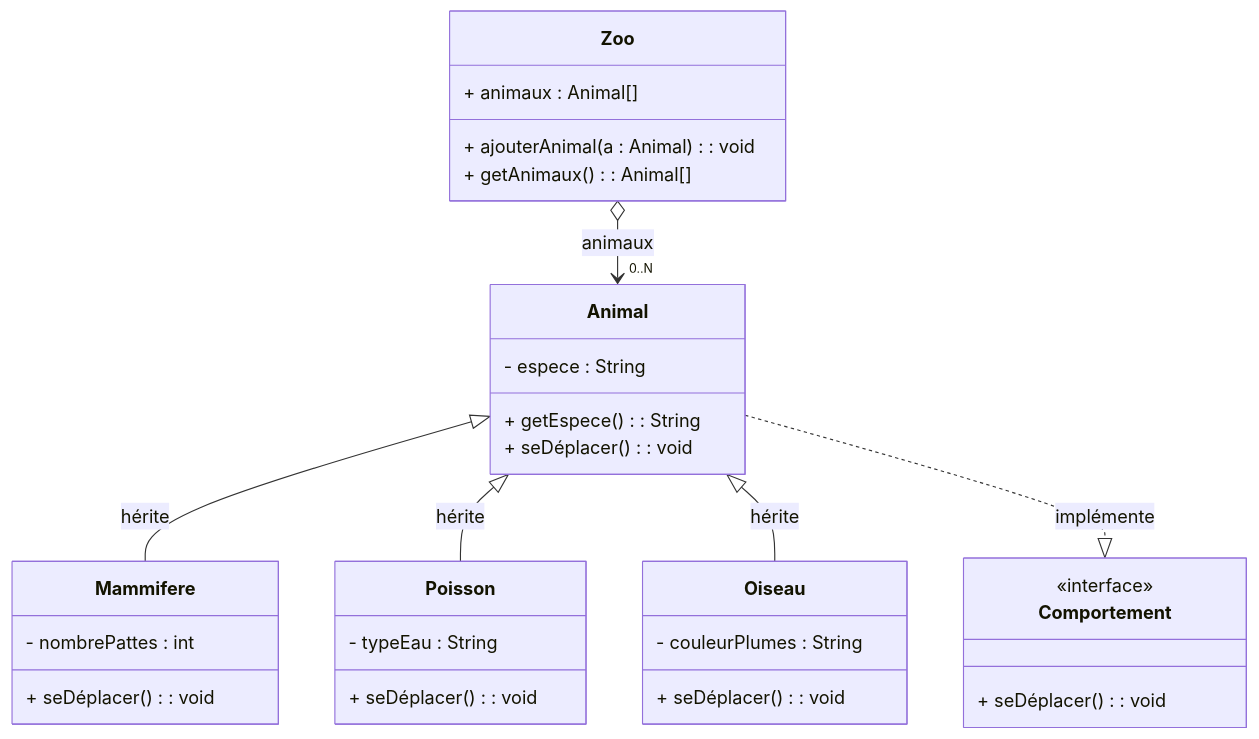
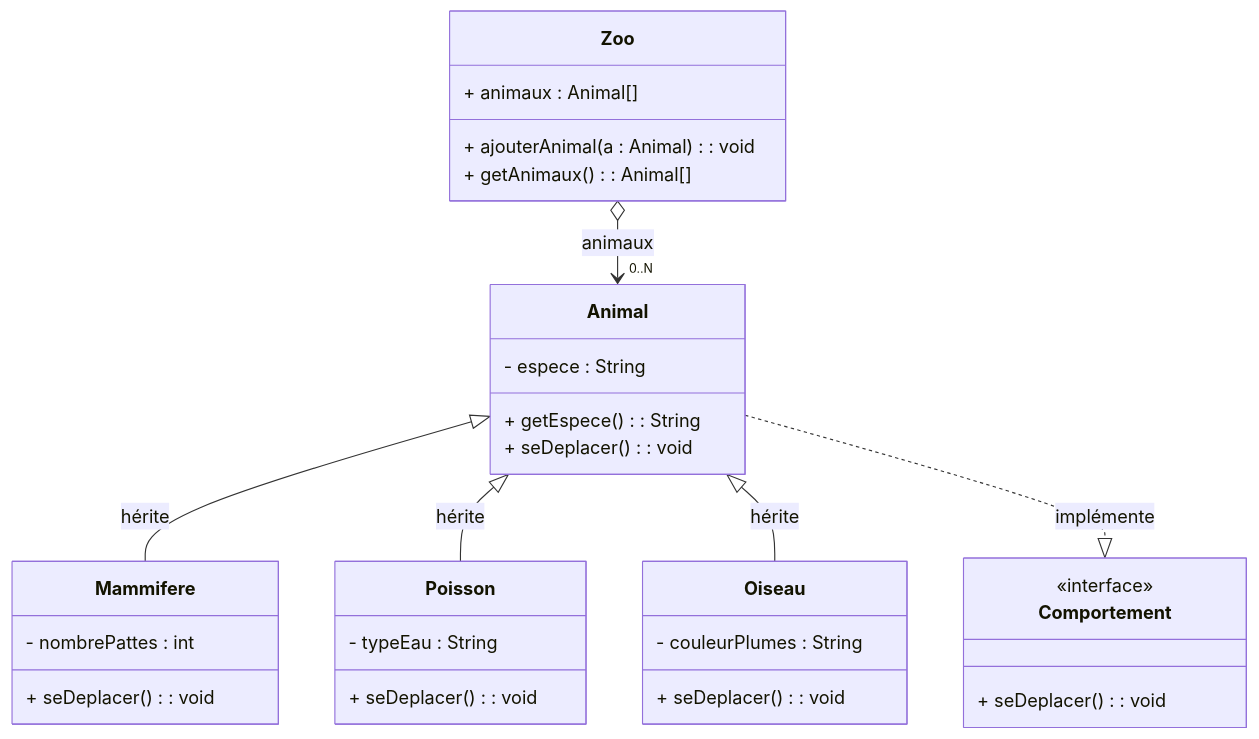
The third of 6 diagrams in THEORIE_4-UML-Mermaid.md (emf-info-320/320_EX_07_POO_UML_MVC), drawn with Mermaid before and after one commit. The commit also changed other lines of this file and 2 other files, not shown here.

Commit message:
corrections mineurs (accents dans les noms de méthodes)

````diff
--- a/THEORIE_4-UML-Mermaid.md
+++ b/THEORIE_4-UML-Mermaid.md
@@ -94,43 +94,43 @@
 ```mermaid
 classDiagram
     class Animal {
         - espece : String
         + getEspece() : String
-        + seDéplacer() : void
+        + seDeplacer() : void
     }
 
     class Mammifere {
         - nombrePattes : int
-       + seDéplacer() : void
+       + seDeplacer() : void
     }
 
     class Poisson {
         - typeEau : String
-      + seDéplacer() : void
+      + seDeplacer() : void
     }
 
     class Zoo {
         + animaux : Animal[]
         + ajouterAnimal(a : Animal) : void
         + getAnimaux() : Animal[]
     }
 
     class Comportement {
         <<interface>>
-        + seDéplacer() : void
+        + seDeplacer() : void
     }
 
     class Oiseau {
         - couleurPlumes : String
-      + seDéplacer() : void
+      + seDeplacer() : void
     }
 
     Animal <|-- Mammifere : hérite
     Animal <|-- Poisson : hérite
     Animal <|-- Oiseau : hérite
 
     Zoo o--> "0..N" Animal : animaux
 
     Animal ..|> Comportement : implémente
 
 ```
````
